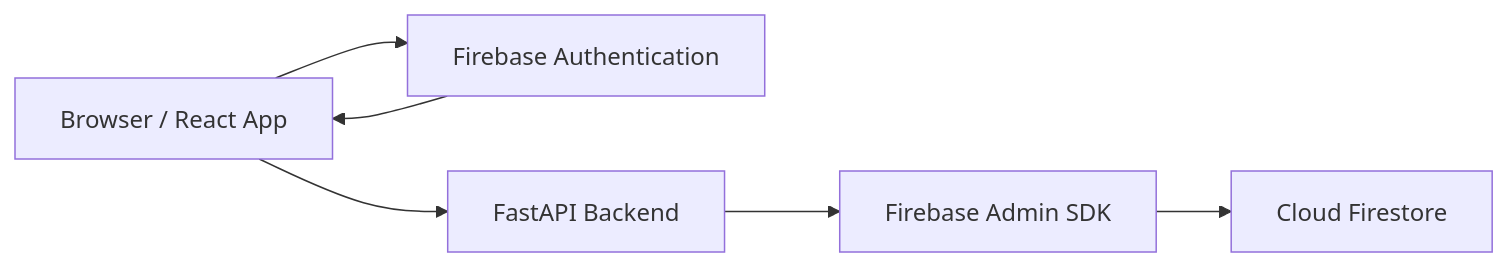
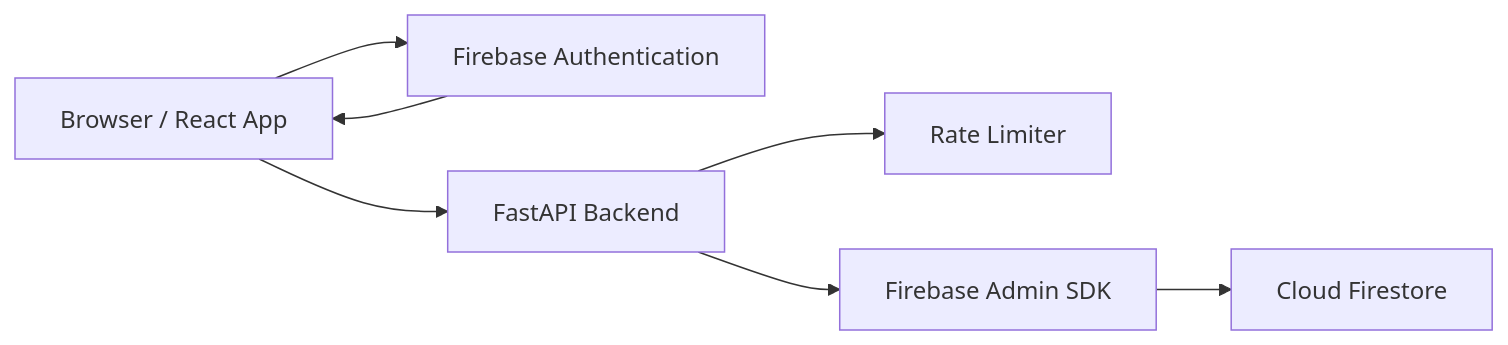
One commit to Yangjunjie-Lin/notevault changed the diagram in README.md. Above: the diagram before and after it, drawn with Mermaid. The commit also changed other lines of this file and 27 other files, not shown here.

````diff
--- a/README.md
+++ b/README.md
@@ -37,8 +45,9 @@
 ```mermaid
 flowchart LR
   browser["Browser / React App"] --> auth["Firebase Authentication"]
   browser --> api["FastAPI Backend"]
+  api --> limiter["Rate Limiter"]
   api --> admin["Firebase Admin SDK"]
   admin --> firestore["Cloud Firestore"]
   auth --> browser
 ```
````
